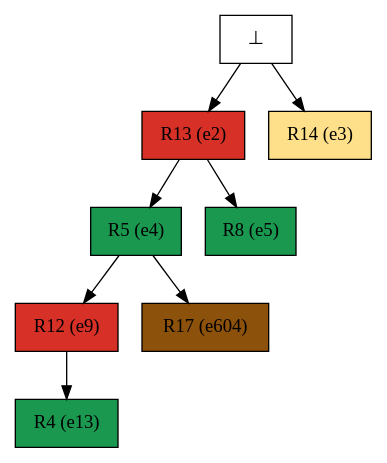
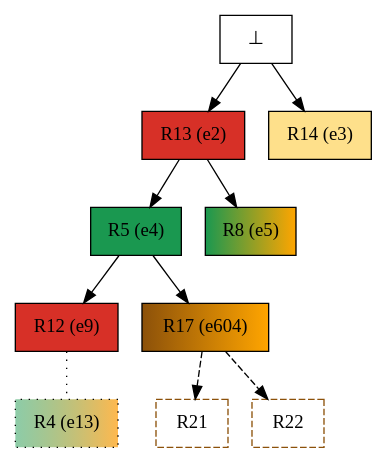
One commit to giannkas/ecofolder changed the diagram in examples/oursin_tasmanie/mrk_instances/alg2urc/mindoo_confs/15_mindoo_conf_colored.dot. Above: the diagram before and after it, drawn with Graphviz. The commit also changed 58 other files, not shown here.

```diff
--- a/examples/oursin_tasmanie/mrk_instances/alg2urc/mindoo_confs/15_mindoo_conf_colored.dot
+++ b/examples/oursin_tasmanie/mrk_instances/alg2urc/mindoo_confs/15_mindoo_conf_colored.dot
@@ -1,17 +1,21 @@
 digraph test {
   e2 -> e4;
   e2 -> e5;
   e4 -> e9;
-  e9 -> e13;
+  e9 -> e13 [arrowhead=none style=dotted];
   e4 -> e604;
+  e604 -> r21 [color="black" style=dashed];
+  e604 -> r22 [color="black" style=dashed];
   e0 -> e2;
   e0 -> e3;
   e2 [color="black" fillcolor="#d73027:#d73027" label="R13 (e2)" shape=box style=filled];
   e3 [color="black" fillcolor="#fee08b:#fee08b" label="R14 (e3)" shape=box style=filled];
   e4 [color="black" fillcolor="#1a9850:#1a9850" label="R5 (e4)" shape=box style=filled];
-  e5 [color="black" fillcolor="#1a9850:#1a9850" label="R8 (e5)" shape=box style=filled];
+  e5 [color="black" fillcolor="#1a9850:orange" label="R8 (e5)" shape=box style=filled];
   e9 [color="black" fillcolor="#d73027:#d73027" label="R12 (e9)" shape=box style=filled];
-  e13 [color="black" fillcolor="#1a9850:#1a9850" label="R4 (e13)" shape=box style=filled];
-  e604 [color="black" fillcolor="#8c510a:#8c510a" label="R17 (e604)" shape=box style=filled];
+  e13 [color="black" fillcolor="#1a98507f:#ff9900b1" label="R4 (e13)" shape=box style="filled,dotted"];
+  e604 [color="black" fillcolor="#8c510a:orange" label="R17 (e604)" shape=box style=filled];
   e0 [fillcolor="white" label="⊥" shape=box style=filled];
+  r21 [fillcolor="transparent" color="#8c510a" label=R21 shape=box style=dashed];
+  r22 [fillcolor="transparent" color="#8c510a" label=R22 shape=box style=dashed];
 }
```
